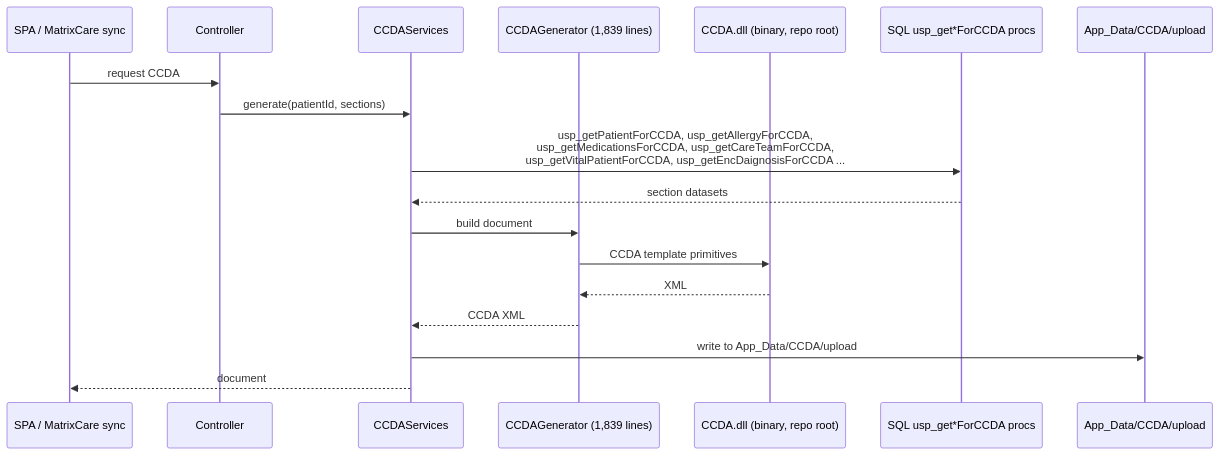
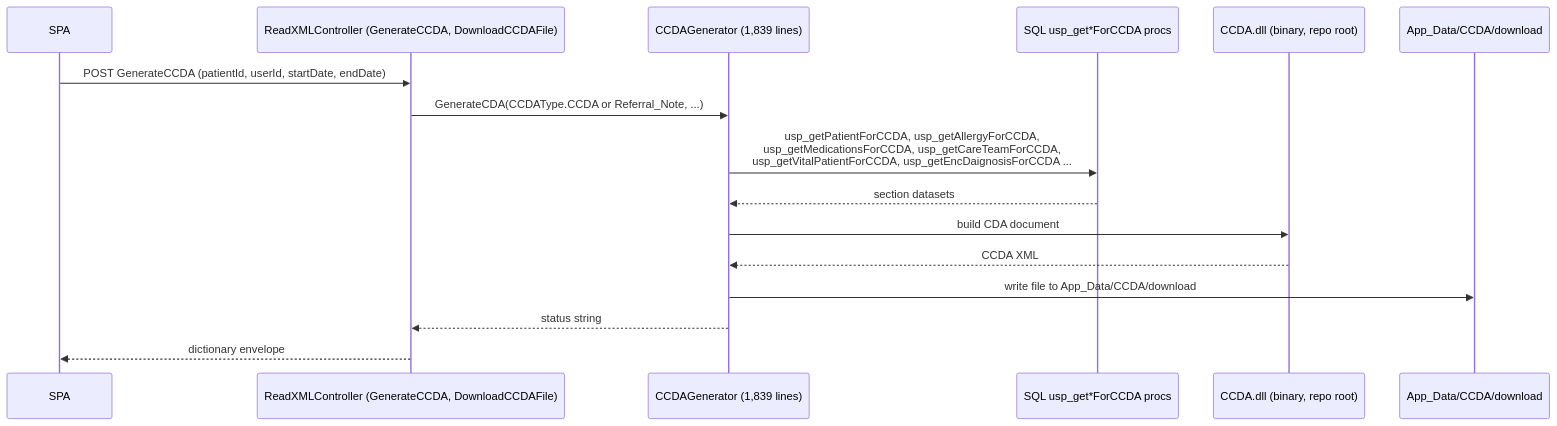
Before and after one commit to hemsingh-3PG/sai-systems-AIRE: the second of 5 diagrams in docs/architecture-diagrams/05-interoperability-fhir-ccda-qrda-deep-dive-diagrams.md, drawn with Mermaid. The commit also changed other lines of this file and 285 other files, not shown here.

````diff
--- a/docs/architecture-diagrams/05-interoperability-fhir-ccda-qrda-deep-dive-diagrams.md
+++ b/docs/architecture-diagrams/05-interoperability-fhir-ccda-qrda-deep-dive-diagrams.md
@@ -61,21 +43,19 @@
 ```mermaid
 sequenceDiagram
-  participant SPA as SPA / MatrixCare sync
-  participant CT as Controller
-  participant CS as CCDAServices
+  participant SPA as SPA
+  participant CT as ReadXMLController (GenerateCCDA, DownloadCCDAFile)
   participant GEN as CCDAGenerator (1,839 lines)
+  participant DB as SQL usp_get*ForCCDA procs
   participant DLL as CCDA.dll (binary, repo root)
-  participant DB as SQL usp_get*ForCCDA procs
-  participant BLOB as App_Data/CCDA/upload
+  participant FS as App_Data/CCDA/download
 
-  SPA->>CT: request CCDA
-  CT->>CS: generate(patientId, sections)
-  CS->>DB: usp_getPatientForCCDA, usp_getAllergyForCCDA,<br/>usp_getMedicationsForCCDA, usp_getCareTeamForCCDA,<br/>usp_getVitalPatientForCCDA, usp_getEncDaignosisForCCDA ...
-  DB-->>CS: section datasets
-  CS->>GEN: build document
-  GEN->>DLL: CCDA template primitives
-  DLL-->>GEN: XML
-  GEN-->>CS: CCDA XML
-  CS->>BLOB: write to App_Data/CCDA/upload
-  CS-->>SPA: document
+  SPA->>CT: POST GenerateCCDA (patientId, userId, startDate, endDate)
+  CT->>GEN: GenerateCDA(CCDAType.CCDA or Referral_Note, ...)
+  GEN->>DB: usp_getPatientForCCDA, usp_getAllergyForCCDA,<br/>usp_getMedicationsForCCDA, usp_getCareTeamForCCDA,<br/>usp_getVitalPatientForCCDA, usp_getEncDaignosisForCCDA ...
+  DB-->>GEN: section datasets
+  GEN->>DLL: build CDA document
+  DLL-->>GEN: CCDA XML
+  GEN->>FS: write file to App_Data/CCDA/download
+  GEN-->>CT: status string
+  CT-->>SPA: dictionary envelope
 ```
````
